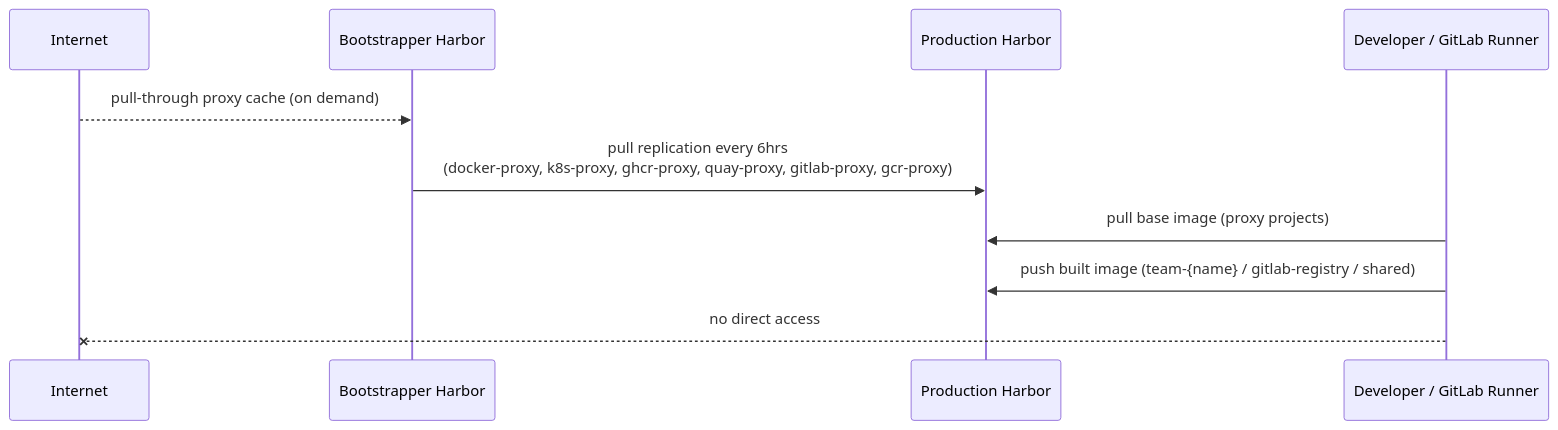
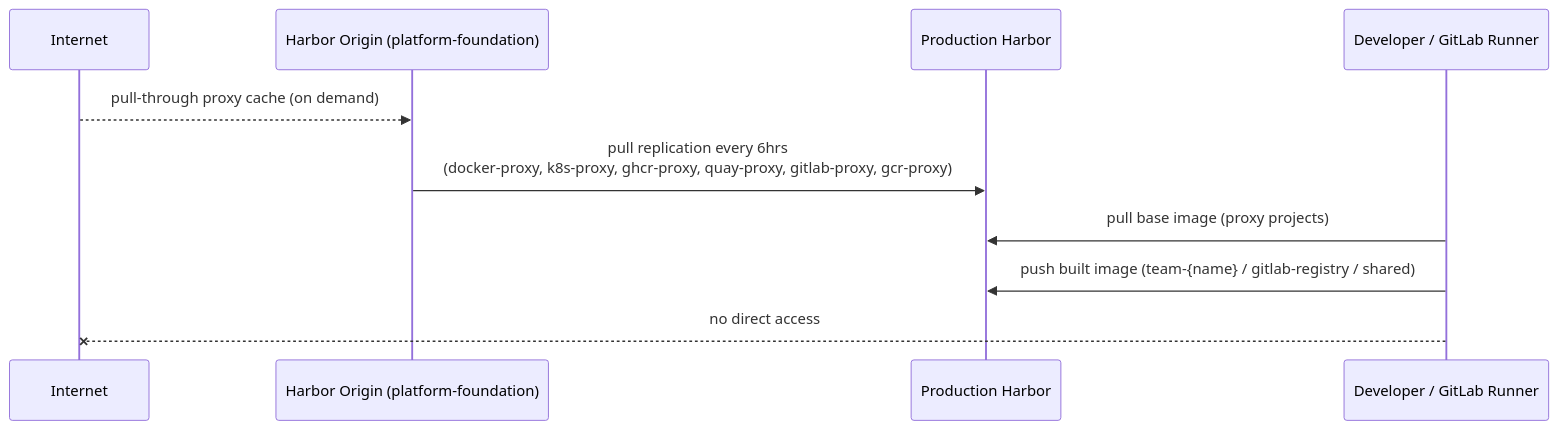
The diagram in documentation/en/operations/harbor-production.md (csning1998/on-premise-gitlab-deployment), drawn with Mermaid before and after one commit. The commit also changed other lines of this file and 65 other files, not shown here.

````diff
--- a/documentation/en/operations/harbor-production.md
+++ b/documentation/en/operations/harbor-production.md
@@ -9,14 +9,14 @@
 ```mermaid
 sequenceDiagram
     participant Internet as Internet
-    participant BST as Bootstrapper Harbor
+    participant BST as Harbor Origin (platform-foundation)
     participant PROD as Production Harbor
     participant Client as Developer / GitLab Runner
 
     Internet-->>BST: pull-through proxy cache (on demand)
     BST->>PROD: pull replication every 6hrs<br>(docker-proxy, k8s-proxy, ghcr-proxy, quay-proxy, gitlab-proxy, gcr-proxy)
 
     Client->>PROD: pull base image (proxy projects)
     Client->>PROD: push built image (team-{name} / gitlab-registry / shared)
     Client--xInternet: no direct access
 ```
````
